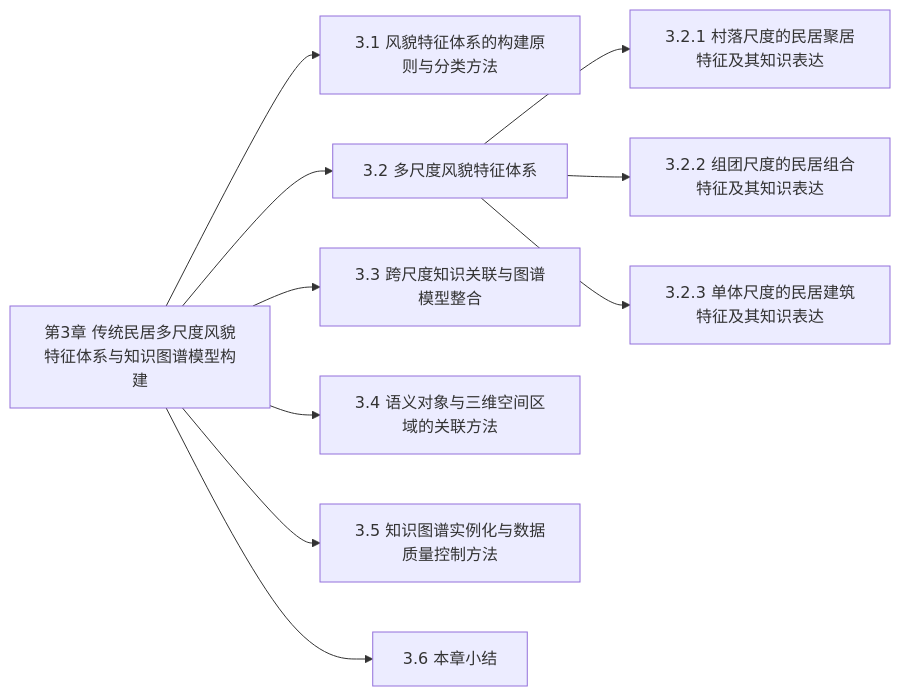
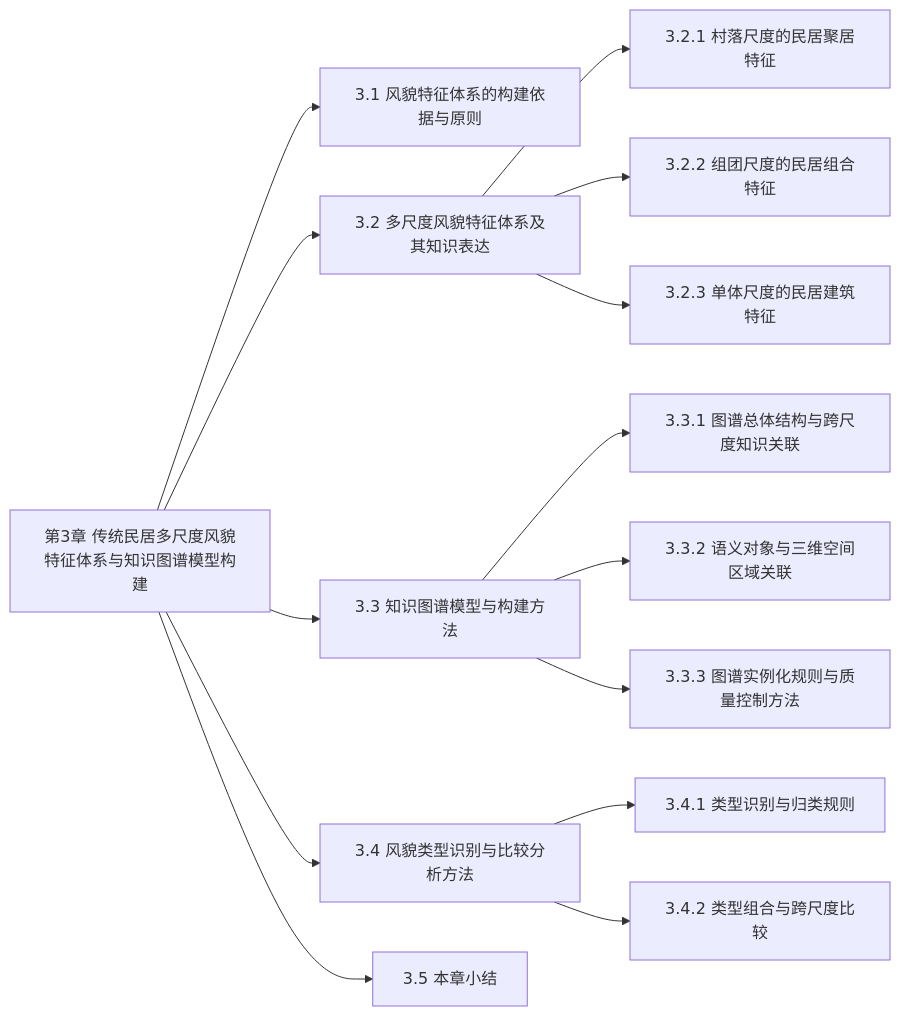
Before and after one commit to WYLINX601/Linx_paper: the diagram in 论文章节/章节导航/03-体系与模型.md, drawn with Mermaid. The commit also changed other lines of this file and 205 other files, not shown here.

Commit message:
Update research outline, framework diagrams and fieldwork materials

````diff
--- a/论文章节/章节导航/03-体系与模型.md
+++ b/论文章节/章节导航/03-体系与模型.md
@@ -94,22 +92,30 @@
 ```mermaid
 flowchart LR
   chapter-3["第3章 传统民居多尺度风貌特征体系与知识图谱模型构建"]
-  section-3-2["3.1 风貌特征体系的构建原则与分类方法"]
+  section-3-2["3.1 风貌特征体系的构建依据与原则"]
   chapter-3 --> section-3-2
-  section-3-multiscale["3.2 多尺度风貌特征体系"]
+  section-3-multiscale["3.2 多尺度风貌特征体系及其知识表达"]
   chapter-3 --> section-3-multiscale
-  section-3-village["3.2.1 村落尺度的民居聚居特征及其知识表达"]
+  section-3-village["3.2.1 村落尺度的民居聚居特征"]
   section-3-multiscale --> section-3-village
-  section-3-group["3.2.2 组团尺度的民居组合特征及其知识表达"]
+  section-3-group["3.2.2 组团尺度的民居组合特征"]
   section-3-multiscale --> section-3-group
-  section-3-building["3.2.3 单体尺度的民居建筑特征及其知识表达"]
+  section-3-building["3.2.3 单体尺度的民居建筑特征"]
   section-3-multiscale --> section-3-building
-  section-3-3["3.3 跨尺度知识关联与图谱模型整合"]
-  chapter-3 --> section-3-3
-  section-3-spatial-association["3.4 语义对象与三维空间区域的关联方法"]
-  chapter-3 --> section-3-spatial-association
-  section-3-4["3.5 知识图谱实例化与数据质量控制方法"]
-  chapter-3 --> section-3-4
-  section-3-5["3.6 本章小结"]
+  section-3-graph-methods["3.3 知识图谱模型与构建方法"]
+  chapter-3 --> section-3-graph-methods
+  section-3-3["3.3.1 图谱总体结构与跨尺度知识关联"]
+  section-3-graph-methods --> section-3-3
+  section-3-spatial-association["3.3.2 语义对象与三维空间区域关联"]
+  section-3-graph-methods --> section-3-spatial-association
+  section-3-4["3.3.3 图谱实例化规则与质量控制方法"]
+  section-3-graph-methods --> section-3-4
+  section-3-type-methods["3.4 风貌类型识别与比较分析方法"]
+  chapter-3 --> section-3-type-methods
+  sub-type-classification["3.4.1 类型识别与归类规则"]
+  section-3-type-methods --> sub-type-classification
+  sub-type-comparison["3.4.2 类型组合与跨尺度比较"]
+  section-3-type-methods --> sub-type-comparison
+  section-3-5["3.5 本章小结"]
   chapter-3 --> section-3-5
 ```
````
